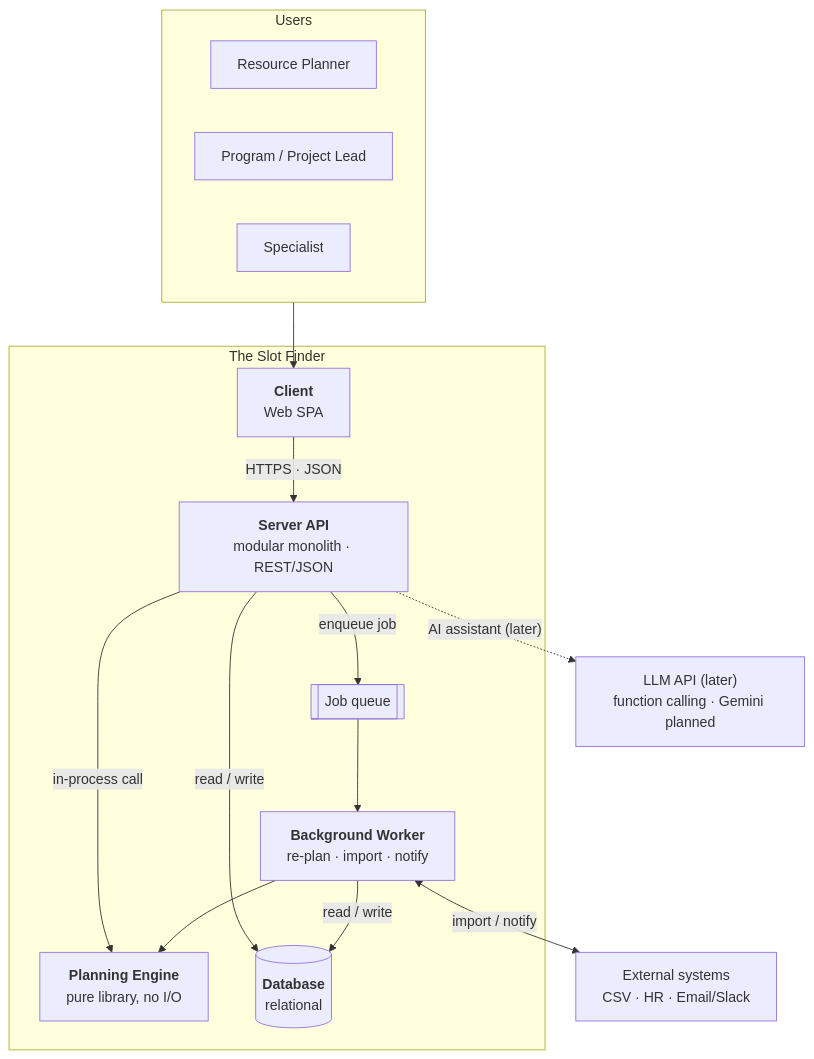
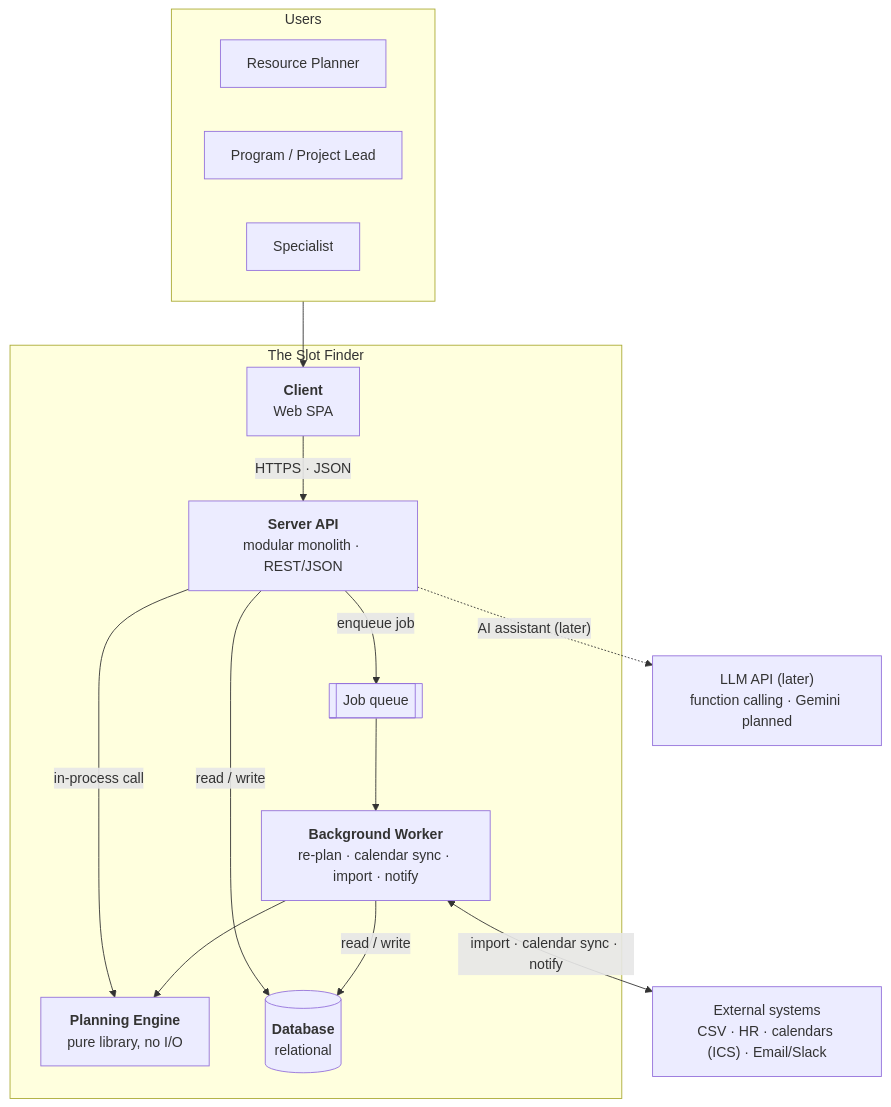
Before and after one commit to dophnamm/the-slot-finder: the second of 10 diagrams in README.md, drawn with Mermaid. The commit also changed other lines of this file and 4 other files, not shown here.

First line of the commit message:
docs: calendars and actual hours in the architecture

````diff
--- a/README.md
+++ b/README.md
@@ -93,31 +99,31 @@
 ```mermaid
 flowchart TB
   subgraph users["Users"]
     planner["Resource Planner"]
     lead["Program / Project Lead"]
     spec["Specialist"]
   end
 
   subgraph sf["The Slot Finder"]
     client["<b>Client</b><br/>Web SPA"]
     api["<b>Server API</b><br/>modular monolith · REST/JSON"]
     engine["<b>Planning Engine</b><br/>pure library, no I/O"]
     queue[["Job queue"]]
-    worker["<b>Background Worker</b><br/>re-plan · import · notify"]
+    worker["<b>Background Worker</b><br/>re-plan · calendar sync · import · notify"]
     db[("<b>Database</b><br/>relational")]
   end
 
-  ext["External systems<br/>CSV · HR · Email/Slack"]
+  ext["External systems<br/>CSV · HR · calendars (ICS) · Email/Slack"]
   llm["LLM API (later)<br/>function calling · Gemini planned"]
 
   users --> client
   client -->|"HTTPS · JSON"| api
   api -->|"in-process call"| engine
   api -->|"read / write"| db
   api -->|"enqueue job"| queue
   queue --> worker
   worker --> engine
   worker -->|"read / write"| db
-  worker <-->|"import / notify"| ext
+  worker <-->|"import · calendar sync · notify"| ext
   api -.->|"AI assistant (later)"| llm
 ```
````
